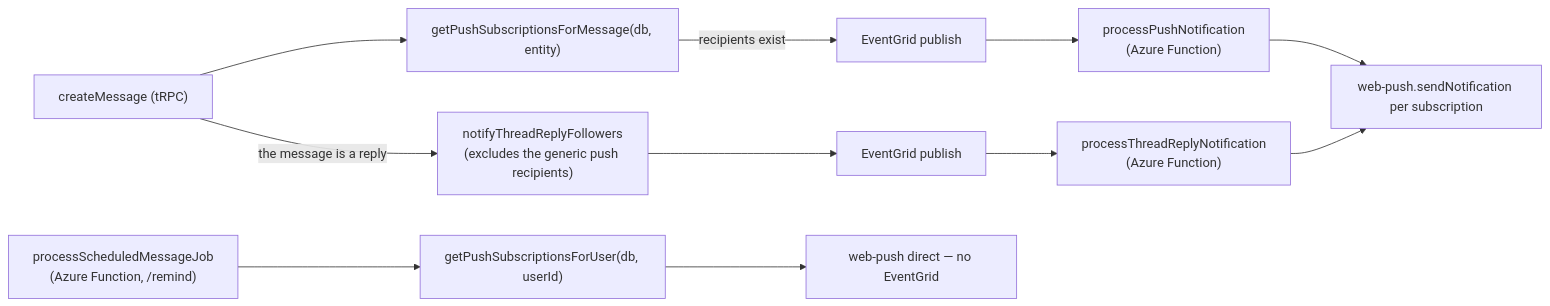
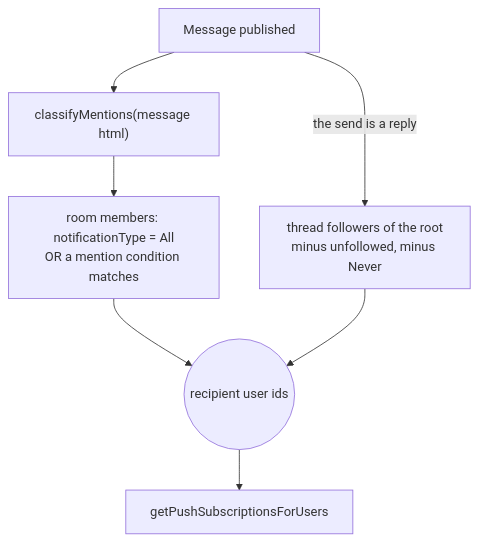
Before and after one commit to Esposter/Esposter: the diagram in packages/app/content/docs/esbabbler/push-notifications.md, drawn with Mermaid. The commit also changed other lines of this file and 16 other files, not shown here.

````diff
--- a/packages/app/content/docs/esbabbler/push-notifications.md
+++ b/packages/app/content/docs/esbabbler/push-notifications.md
@@ -12,15 +14,9 @@
 ```mermaid
-flowchart LR
-  CM["createMessage (tRPC)"] --> F["getPushSubscriptionsForMessage(db, entity)"]
-  F -->|"recipients exist"| EG["EventGrid publish"]
-  EG --> FN["processPushNotification<br/>(Azure Function)"]
-  FN --> WP["web-push.sendNotification per subscription"]
-
-  CM -->|"the message is a reply"| TF["notifyThreadReplyFollowers<br/>(excludes the generic push recipients)"]
-  TF --> EG2["EventGrid publish"]
-  EG2 --> FN2["processThreadReplyNotification<br/>(Azure Function)"]
-  FN2 --> WP
-
-  SMJ["processScheduledMessageJob<br/>(Azure Function, /remind)"] --> FU["getPushSubscriptionsForUser(db, userId)"]
-  FU --> WP2["web-push direct — no EventGrid"]
+flowchart TD
+  M["Message published"] --> C["classifyMentions(message html)"]
+  C --> R["room members: notificationType = All<br/>OR a mention condition matches"]
+  M -->|"the send is a reply"| T["thread followers of the root<br/>minus unfollowed, minus Never"]
+  R --> U(("recipient user ids"))
+  T --> U
+  U --> D["getPushSubscriptionsForUsers"]
 ```
````
